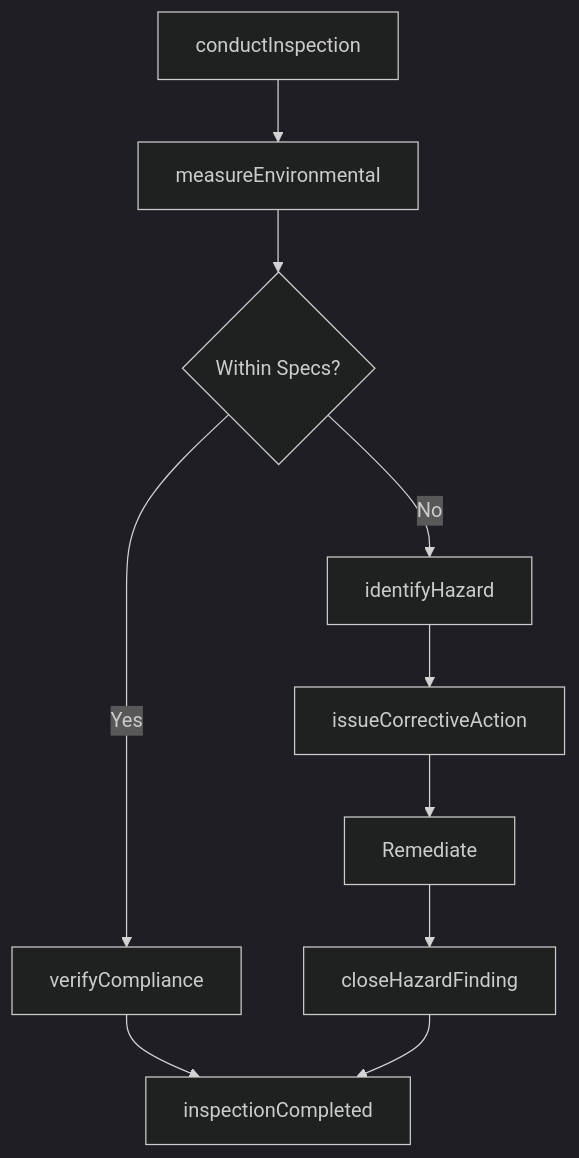
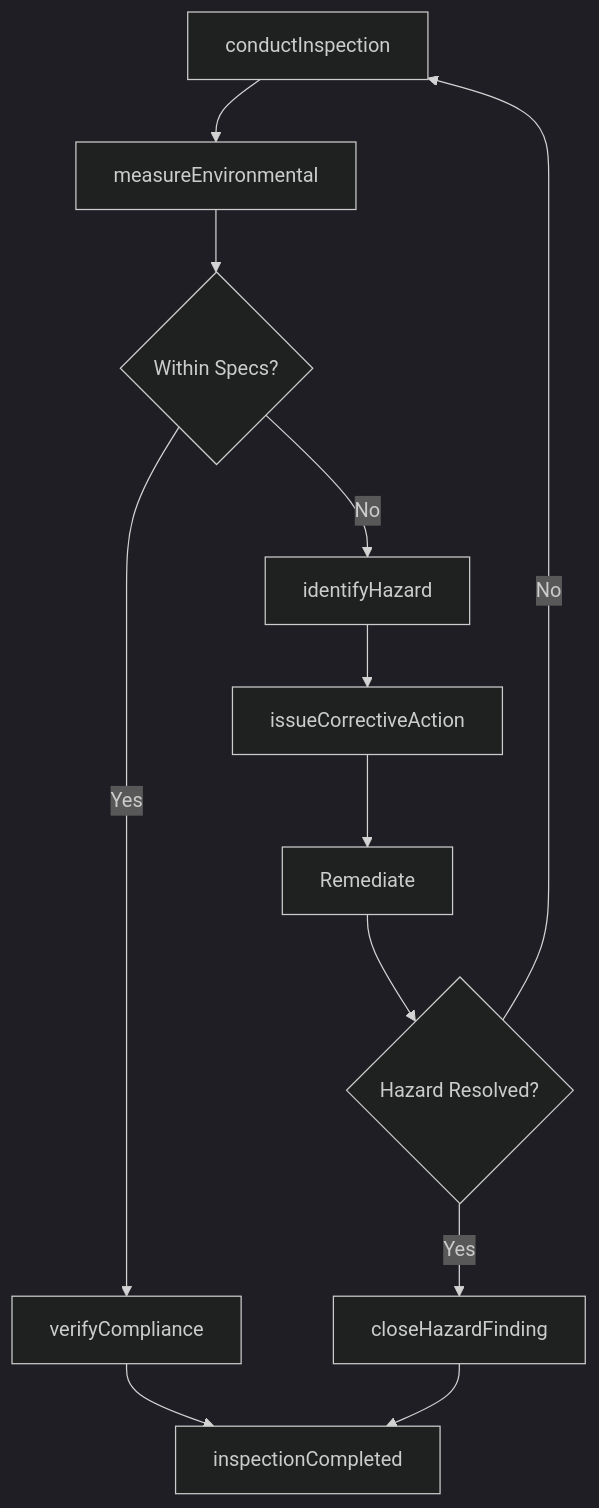
The third of 4 diagrams in MonitoringProcessesMaterialsOrSurroundings/MonitorSafetyOrSecurityOfWorkAreasFacilitiesOrProperties/MonitorWorkEnvironmentEnsureSafety.mdx (dot-org-ai/tasks.org.ai), drawn with Mermaid (dark theme) before and after one commit. The commit also changed other lines of this file and 307 other files, not shown here.

First line of the commit message:
feat: Add ER diagrams and state diagrams to remaining 308 DWA task files (wave 3 complete)

````diff
--- a/MonitoringProcessesMaterialsOrSurroundings/MonitorSafetyOrSecurityOfWorkAreasFacilitiesOrProperties/MonitorWorkEnvironmentEnsureSafety.mdx
+++ b/MonitoringProcessesMaterialsOrSurroundings/MonitorSafetyOrSecurityOfWorkAreasFacilitiesOrProperties/MonitorWorkEnvironmentEnsureSafety.mdx
@@ -86,12 +114,14 @@
 ```mermaid
 graph TD
     A[conductInspection] --> B[measureEnvironmental]
     B --> C{Within Specs?}
     C -->|Yes| D[verifyCompliance]
     C -->|No| E[identifyHazard]
     E --> F[issueCorrectiveAction]
     F --> G[Remediate]
-    G --> H[closeHazardFinding]
-    D --> I[inspectionCompleted]
-    H --> I
+    G --> H{Hazard Resolved?}
+    H -->|Yes| I[closeHazardFinding]
+    H -->|No| A
+    D --> J[inspectionCompleted]
+    I --> J
 ```
````
